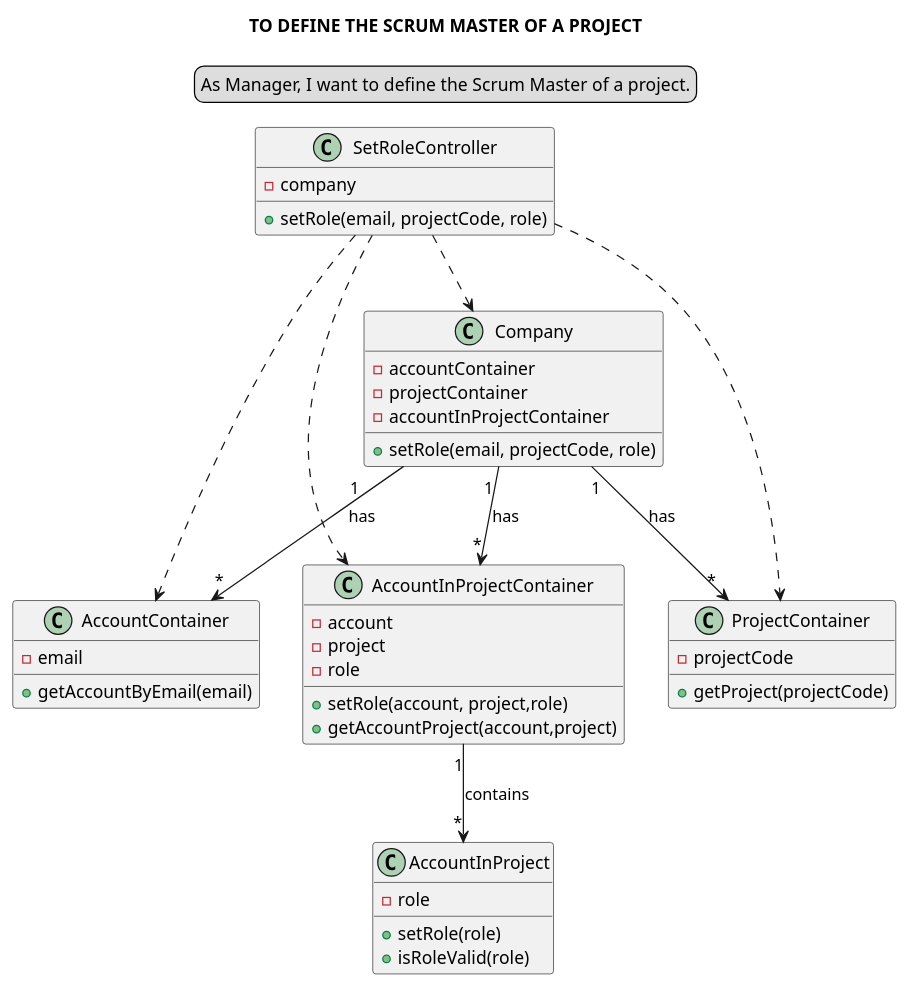
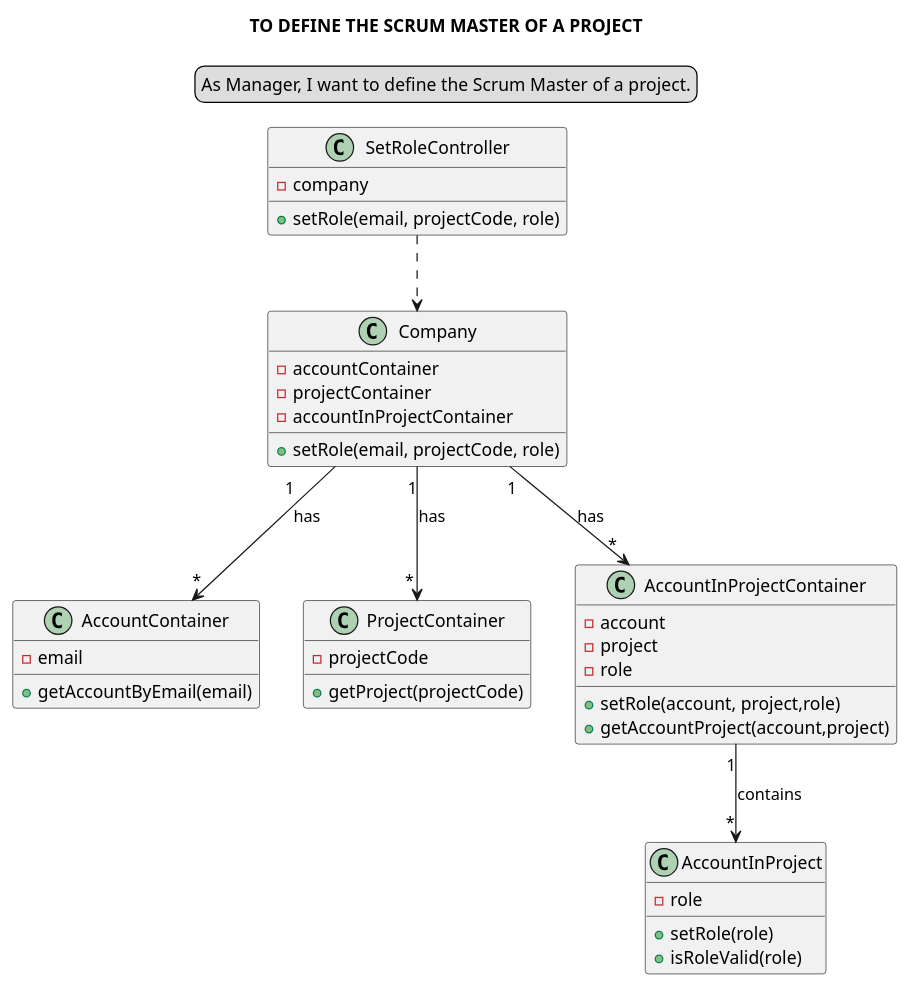
One commit to Loracline/project_switch_22-23 changed the diagram in docs/modelling_design/user_stories/us013/US013_classDiagram.puml. Above: the diagram before and after it, drawn with PlantUML. The commit also changed other lines of this file and 1 other file, not shown here.

Commit message:
US001|US013 : Design : refinement of class diagram.

```diff
--- a/docs/modelling_design/user_stories/us013/US013_classDiagram.puml
+++ b/docs/modelling_design/user_stories/us013/US013_classDiagram.puml
@@ -1,58 +2,56 @@
 @startuml
 
 skinparam sequenceMessageAlign center
 title TO DEFINE THE SCRUM MASTER OF A PROJECT
 legend top
 As Manager, I want to define the Scrum Master of a project.
 end legend
 
 class SetRoleController {
 -company
 +setRole(email, projectCode, role)
 }
 
 class Company {
 -accountContainer
 -projectContainer
 -accountInProjectContainer
 +setRole(email, projectCode, role)
 }
 
 class AccountContainer {
 -email
 +getAccountByEmail(email)
 
 }
 
 class ProjectContainer{
 -projectCode
 +getProject(projectCode)
 }
 
 class AccountInProjectContainer{
 -account
 -project
 -role
 +setRole(account, project,role)
 +getAccountProject(account,project)
 }
 
 class AccountInProject{
 -role
 +setRole(role)
 +isRoleValid(role)
 }
 
 
 SetRoleController ..> Company
 Company "1       " --> "*"AccountContainer: has
 Company "1"--> "        *"ProjectContainer: has
 Company "1 "-->"*" AccountInProjectContainer: has
 AccountInProjectContainer "    1"--> "   *"AccountInProject: contains
 
-SetRoleController ..> AccountContainer
-SetRoleController ..> ProjectContainer
-SetRoleController ..> AccountInProjectContainer
+
 
 
 @enduml
```
